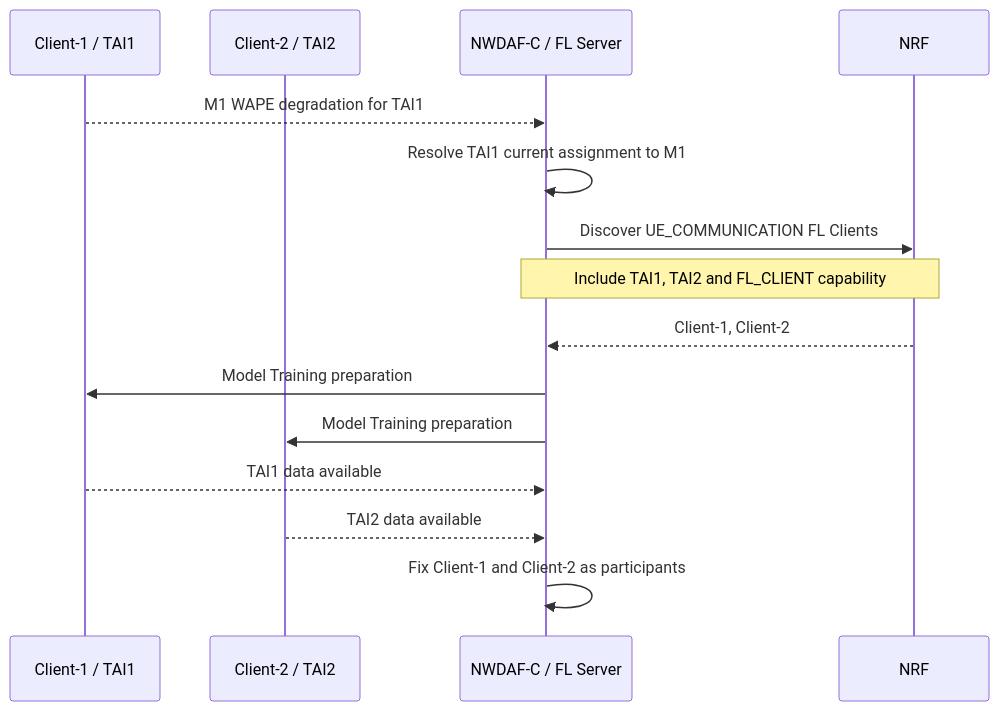
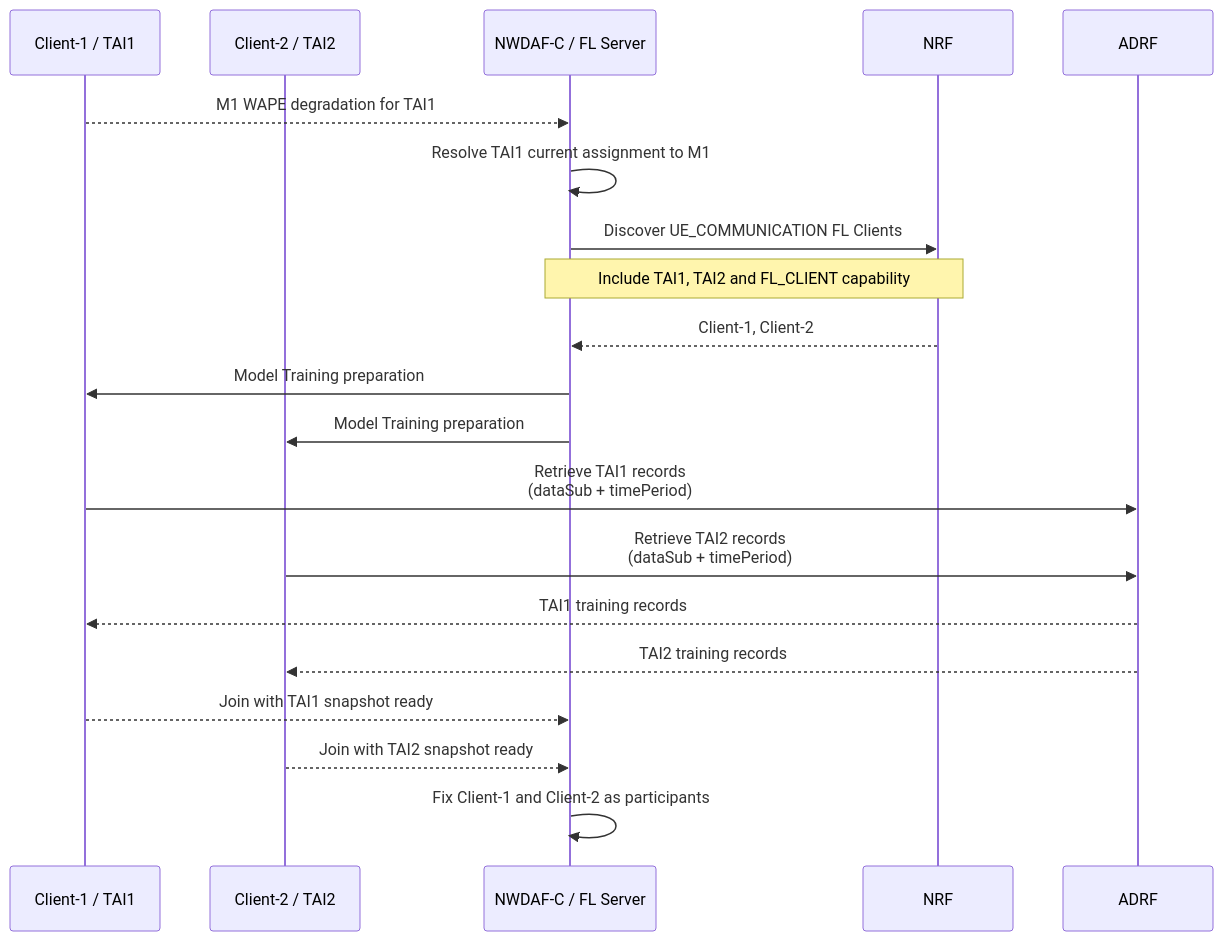
The fifth of 8 diagrams in docs/notes/distributed/overview/federated_retraining_meeting_overview.md (ChingJe/nwdaf-docs), drawn with Mermaid before and after one commit. The commit also changed other lines of this file and 1 other file, not shown here.

First line of the commit message:
docs(fl): define ADRF training data retrieval

````diff
--- a/docs/notes/distributed/overview/federated_retraining_meeting_overview.md
+++ b/docs/notes/distributed/overview/federated_retraining_meeting_overview.md
@@ -92,19 +92,24 @@
 ```mermaid
 sequenceDiagram
     participant A as Client-1 / TAI1
     participant B as Client-2 / TAI2
     participant C as NWDAF-C / FL Server
     participant NRF as NRF
+    participant ADRF as ADRF
 
     A-->>C: M1 WAPE degradation for TAI1
     C->>C: Resolve TAI1 current assignment to M1
     C->>NRF: Discover UE_COMMUNICATION FL Clients
     Note over C,NRF: Include TAI1, TAI2 and FL_CLIENT capability
     NRF-->>C: Client-1, Client-2
 
     C->>A: Model Training preparation
     C->>B: Model Training preparation
-    A-->>C: TAI1 data available
-    B-->>C: TAI2 data available
+    A->>ADRF: Retrieve TAI1 records<br/>(dataSub + timePeriod)
+    B->>ADRF: Retrieve TAI2 records<br/>(dataSub + timePeriod)
+    ADRF-->>A: TAI1 training records
+    ADRF-->>B: TAI2 training records
+    A-->>C: Join with TAI1 snapshot ready
+    B-->>C: Join with TAI2 snapshot ready
     C->>C: Fix Client-1 and Client-2 as participants
 ```
````
